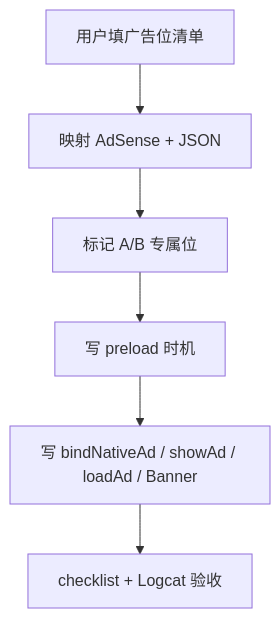
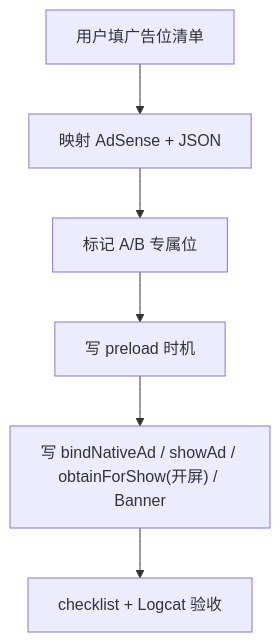
Before and after one commit to captainGithubAccount/skill: the first of 6 diagrams in admob广告/流程图.md, drawn with Mermaid. The commit also changed other lines of this file and 21 other files, not shown here.

````diff
--- a/admob广告/流程图.md
+++ b/admob广告/流程图.md
@@ -5,8 +5,8 @@
 ```mermaid
 flowchart TD
     U["用户填广告位清单"] --> M["映射 AdSense + JSON"]
     M --> AB["标记 A/B 专属位"]
     AB --> P["写 preload 时机"]
-    P --> S["写 bindNativeAd / showAd / loadAd / Banner"]
+    P --> S["写 bindNativeAd / showAd / obtainForShow(开屏) / Banner"]
     S --> V["checklist + Logcat 验收"]
 ```
````
